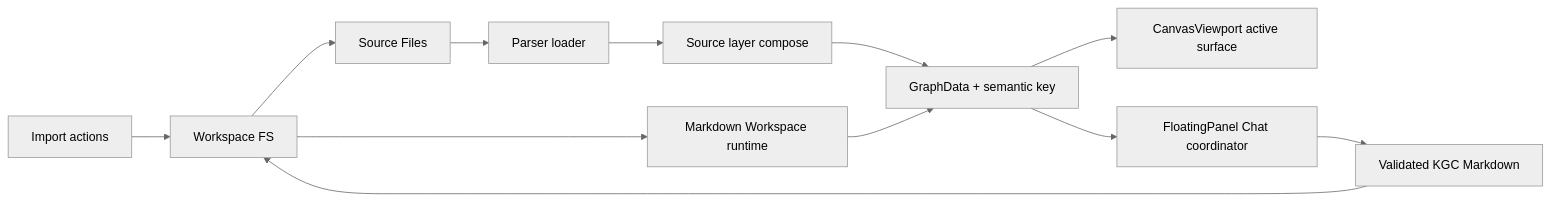
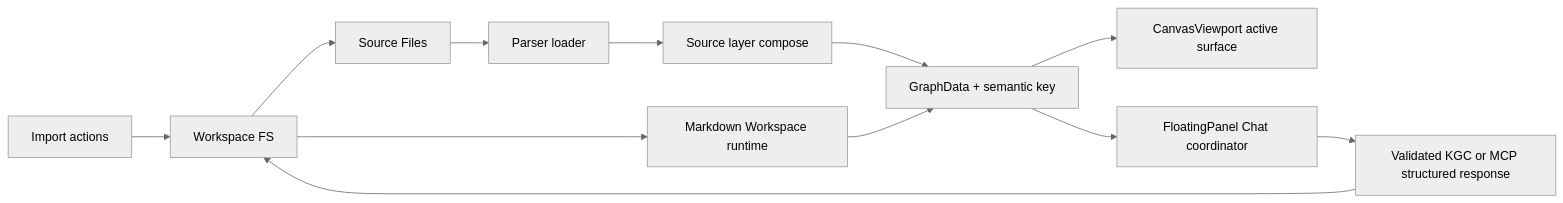
One commit to huijoohwee/knowgrph changed the first of 2 diagrams in docs/documents/knowgrph-modularity-prd-tad.md. Above: the diagram before and after it, drawn with Mermaid (neutral theme). The commit also changed other lines of this file and 444 other files, not shown here.

````diff
--- a/docs/documents/knowgrph-modularity-prd-tad.md
+++ b/docs/documents/knowgrph-modularity-prd-tad.md
@@ -192,14 +192,14 @@
 ```mermaid
 flowchart LR
   Import["Import actions"] --> WorkspaceFs["Workspace FS"]
   WorkspaceFs --> SourceFiles["Source Files"]
   SourceFiles --> Parser["Parser loader"]
   Parser --> Compose["Source layer compose"]
   Compose --> Graph["GraphData + semantic key"]
   Graph --> Canvas["CanvasViewport active surface"]
   WorkspaceFs --> Editor["Markdown Workspace runtime"]
   Editor --> Graph
   Graph --> Chat["FloatingPanel Chat coordinator"]
-  Chat --> KGC["Validated KGC Markdown"]
+  Chat --> KGC["Validated KGC or MCP structured response"]
   KGC --> WorkspaceFs
 ```
````
